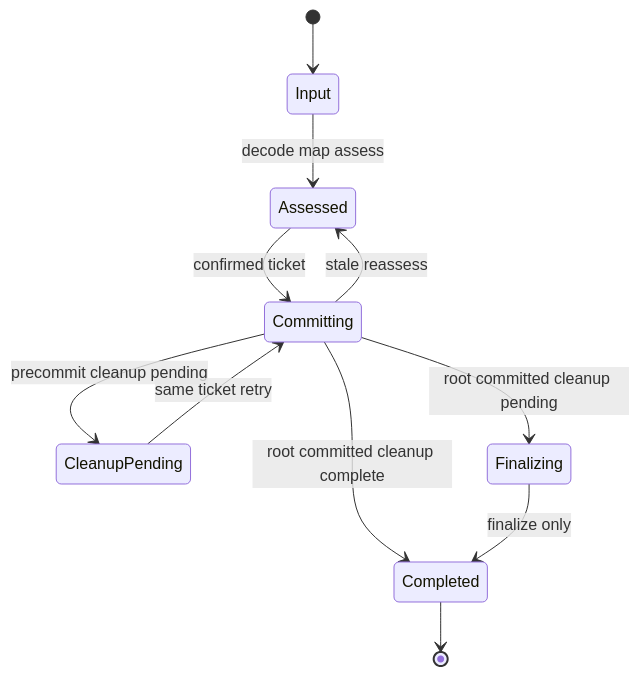
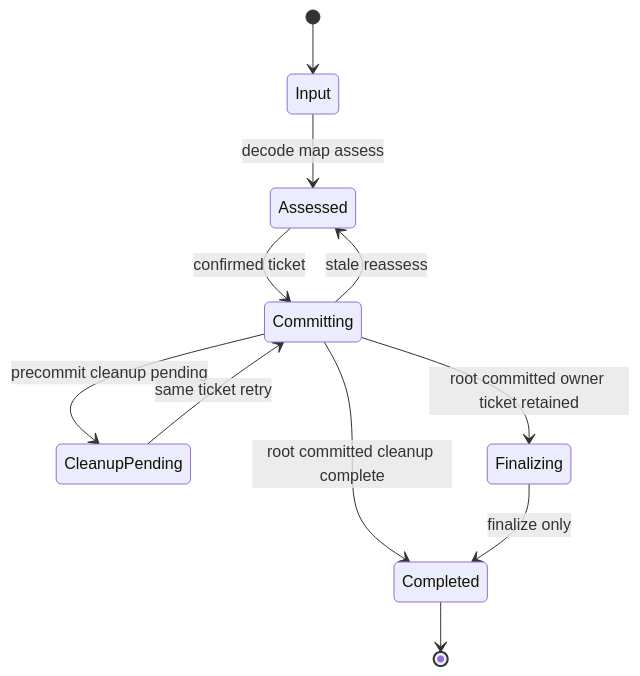
Before and after one commit to Huruikagi/pc-build-planner: the third of 5 diagrams in .kiro/specs/local-data-library-boundaries/design.md, drawn with Mermaid. The commit also changed other lines of this file and 3 other files, not shown here.

````diff
--- a/.kiro/specs/local-data-library-boundaries/design.md
+++ b/.kiro/specs/local-data-library-boundaries/design.md
@@ -206,13 +206,13 @@
 ```mermaid
 stateDiagram-v2
     [*] --> Input
     Input --> Assessed: decode map assess
     Assessed --> Committing: confirmed ticket
     Committing --> Assessed: stale reassess
     Committing --> CleanupPending: precommit cleanup pending
     CleanupPending --> Committing: same ticket retry
-    Committing --> Finalizing: root committed cleanup pending
+    Committing --> Finalizing: root committed owner ticket retained
     Committing --> Completed: root committed cleanup complete
     Finalizing --> Completed: finalize only
     Completed --> [*]
 ```
````
